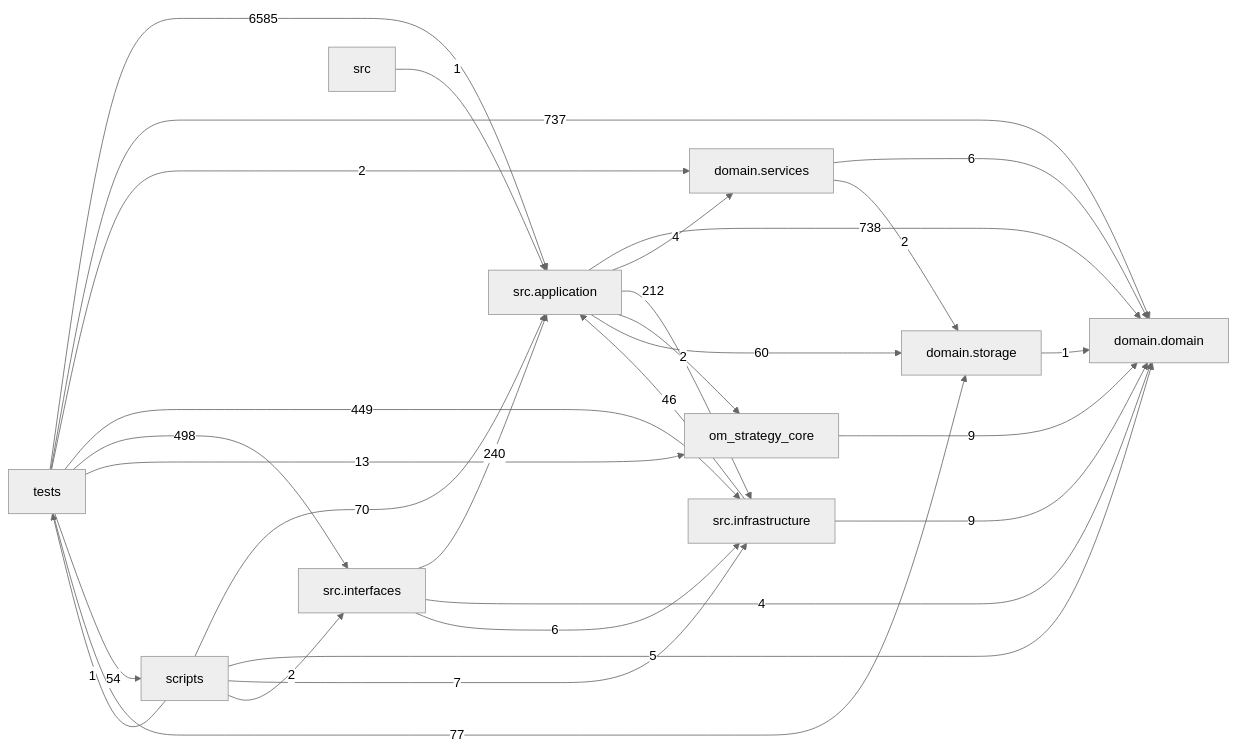
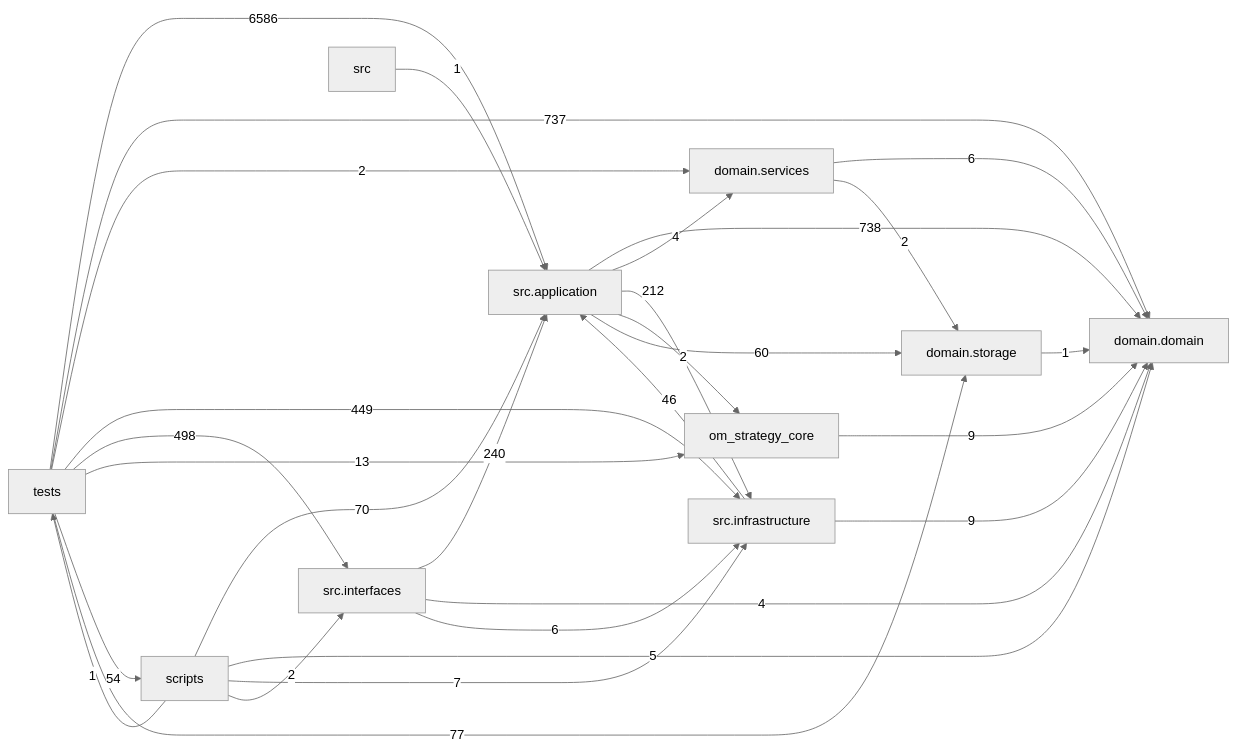
The diagram in docs/DEPENDENCY_GRAPH.md (liuxie066/options-monitor), drawn with Mermaid (neutral theme) before and after one commit. The commit also changed other lines of this file and 2 other files, not shown here.

````diff
--- a/docs/DEPENDENCY_GRAPH.md
+++ b/docs/DEPENDENCY_GRAPH.md
@@ -24,39 +24,39 @@
 ```mermaid
 flowchart LR
   tests["tests"]
   scripts["scripts"]
   interfaces["src.interfaces"]
   application["src.application"]
   infrastructure["src.infrastructure"]
   domain_services["domain.services"]
   domain["domain.domain"]
   storage["domain.storage"]
   application -->|738| domain
   application -->|4| domain_services
   application -->|212| infrastructure
   application -->|2| om_strategy_core
   application -->|60| storage
   domain_services -->|6| domain
   domain_services -->|2| storage
   infrastructure -->|46| application
   infrastructure -->|9| domain
   interfaces -->|240| application
   interfaces -->|4| domain
   interfaces -->|6| infrastructure
   om_strategy_core -->|9| domain
   scripts -->|70| application
   scripts -->|5| domain
   scripts -->|7| infrastructure
   scripts -->|2| interfaces
   scripts -->|1| tests
   src -->|1| application
   storage -->|1| domain
-  tests -->|6585| application
+  tests -->|6586| application
   tests -->|737| domain
   tests -->|2| domain_services
   tests -->|449| infrastructure
   tests -->|498| interfaces
   tests -->|13| om_strategy_core
   tests -->|54| scripts
   tests -->|77| storage
 ```
````
